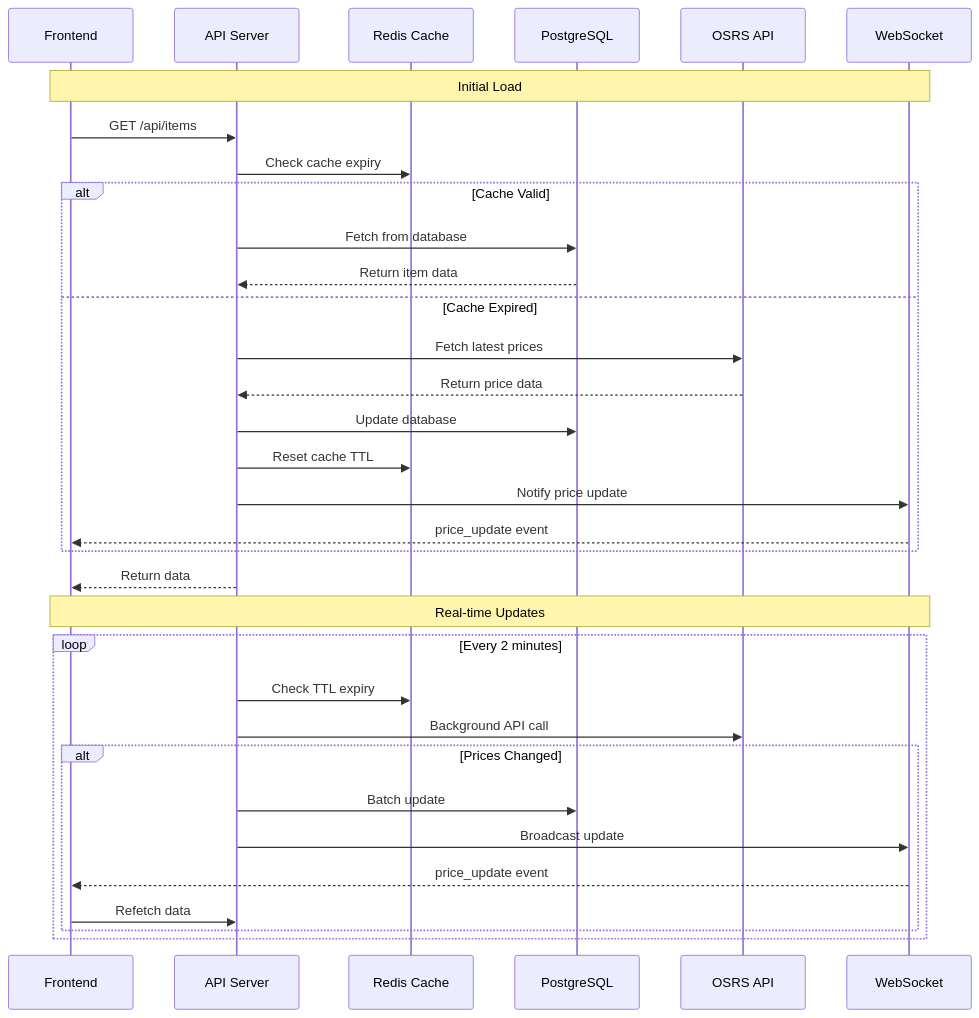
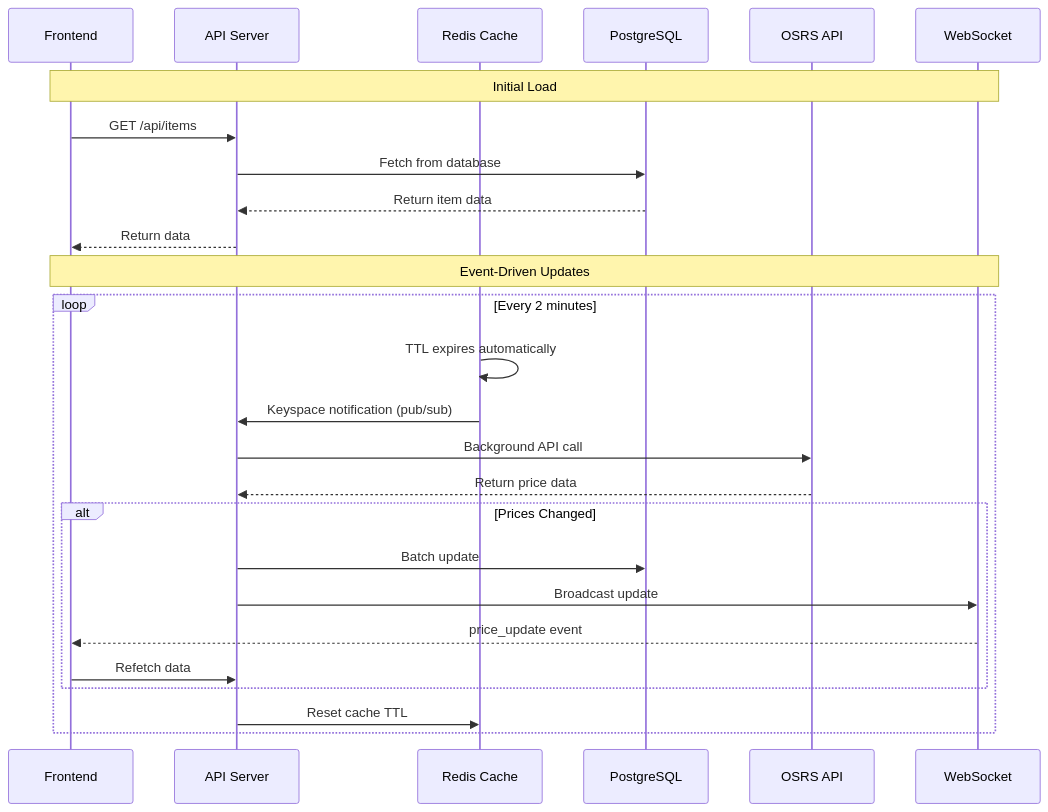
The second of 2 diagrams in DESIGN.md (archit-sahay/Kaisen), drawn with Mermaid before and after one commit. The commit also changed other lines of this file and 2 other files, not shown here.

Commit message:
feat: Add Enhanced Logging & Monitoring - Detailed price tracking with item names, real-time metrics, and comprehensive observability system

````diff
--- a/DESIGN.md
+++ b/DESIGN.md
@@ -64,37 +64,30 @@
 ```mermaid
 sequenceDiagram
     participant F as Frontend
     participant A as API Server
     participant R as Redis Cache
     participant D as PostgreSQL
     participant O as OSRS API
     participant W as WebSocket
     
     Note over F,W: Initial Load
     F->>A: GET /api/items
-    A->>R: Check cache expiry
-    alt Cache Valid
-        A->>D: Fetch from database
-        D-->>A: Return item data
-    else Cache Expired
-        A->>O: Fetch latest prices
-        O-->>A: Return price data
-        A->>D: Update database
-        A->>R: Reset cache TTL
-        A->>W: Notify price update
-        W-->>F: price_update event
-    end
+    A->>D: Fetch from database
+    D-->>A: Return item data
     A-->>F: Return data
     
-    Note over F,W: Real-time Updates
+    Note over F,W: Event-Driven Updates
     loop Every 2 minutes
-        A->>R: Check TTL expiry
+        R->>R: TTL expires automatically
+        R->>A: Keyspace notification (pub/sub)
         A->>O: Background API call
+        O-->>A: Return price data
         alt Prices Changed
             A->>D: Batch update
             A->>W: Broadcast update
             W-->>F: price_update event
             F->>A: Refetch data
         end
+        A->>R: Reset cache TTL
     end
 ```
````
